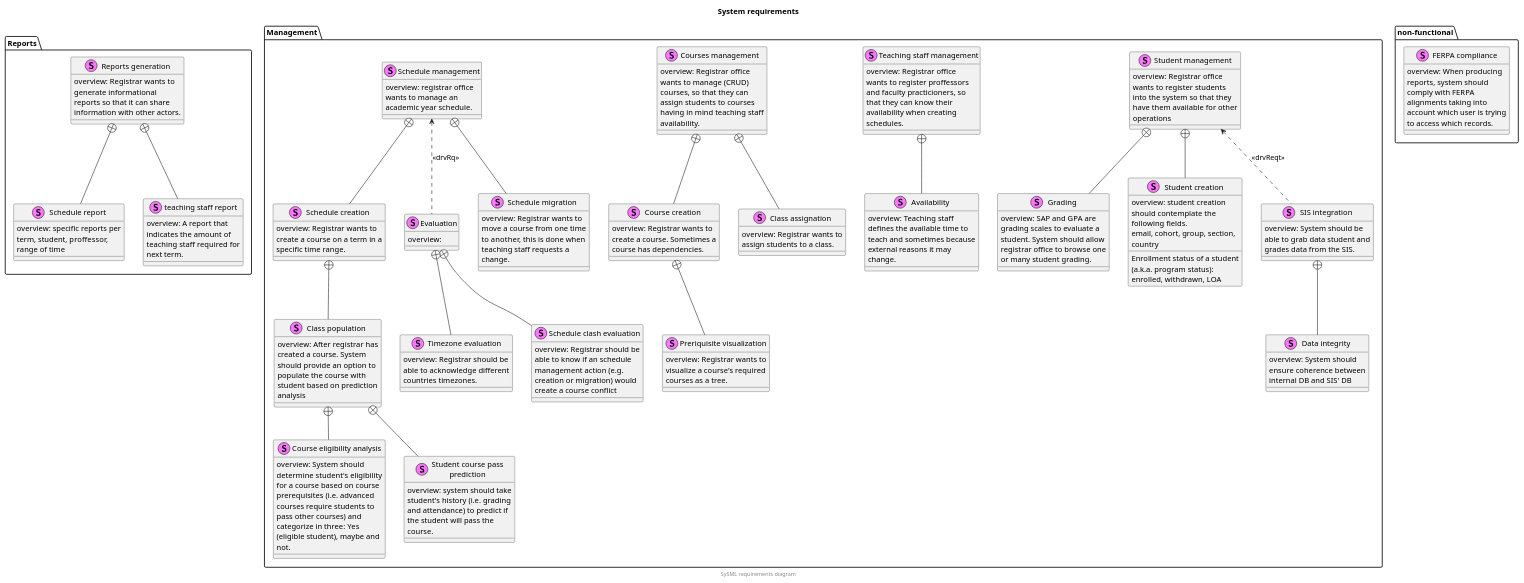
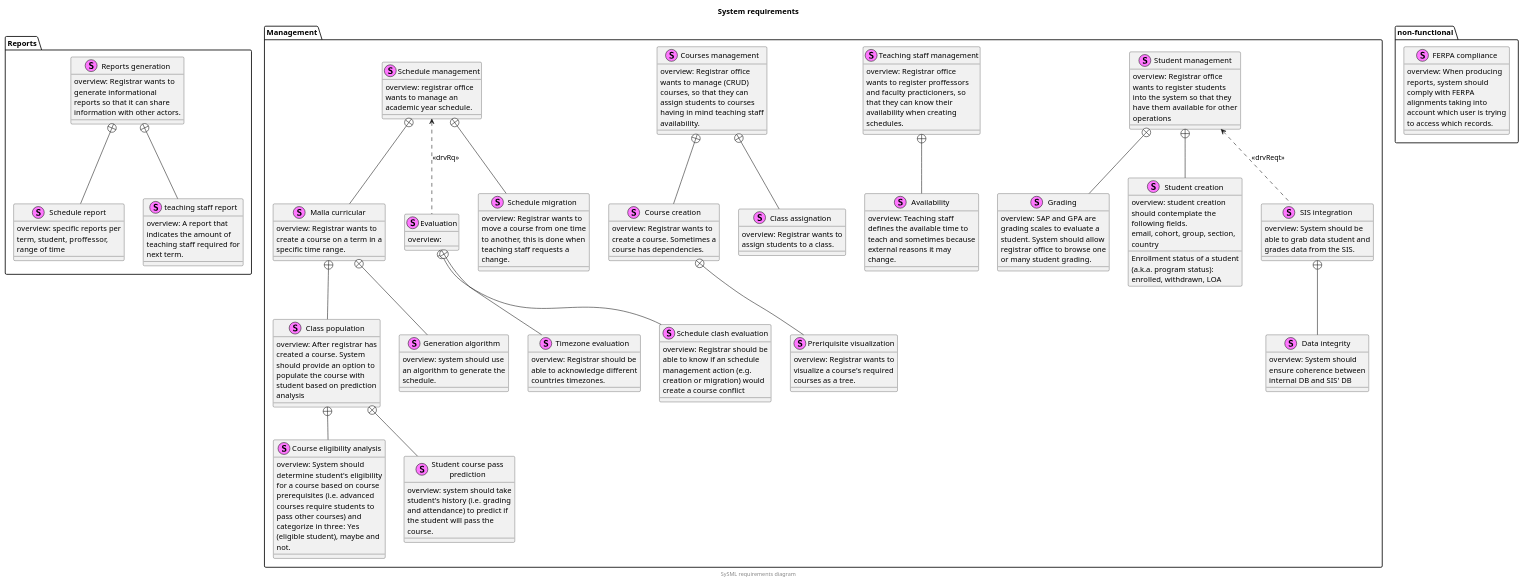
The diagram in resources/requirements-diagram/package.puml (zrock-dev-backup/kawsay), drawn with PlantUML before and after one commit.

Commit message:
requirements-diagram: fix name

```diff
--- a/resources/requirements-diagram/package.puml
+++ b/resources/requirements-diagram/package.puml
@@ -1,123 +1,128 @@
 @startuml
 skinparam wrapwidth 200
 skinparam defaultFontName Helvetica
 
 skinparam class {
     BackgroundColor<<Requirement>> Beige
 }
 
 title System requirements
 footer SySML requirements diagram
 
 package "Reports" {
     ' OUTPUT
     stereotype "Schedule report" AS report_sch{
         {field} overview: specific reports per term, student, proffessor, range of time
     }
     stereotype "teaching staff report" AS report_t{
         {field} overview: A report that indicates the amount of teaching staff required for next term.
     }
     stereotype "Reports generation" AS report{
         {field} overview: Registrar wants to generate informational reports so that it can share information with other actors.
     }
     report +-- report_t
     report +-- report_sch
 }
 
 package "Management" {
     stereotype "Grading" AS grading{
         {field} overview: SAP and GPA are grading scales to evaluate a student. System should allow registrar office to browse one or many student grading.
     }
     stereotype "Student creation" aS stu_c{
         {field} overview: student creation should contemplate the following fields.
         Enrollment status of a student (a.k.a. program status): enrolled, withdrawn, LOA
         email, cohort, group, section, country
     }
     stereotype "Data integrity" AS sis_integrity {
         {field} overview: System should ensure coherence between internal DB and SIS' DB
     }
     stereotype "SIS integration" as sis {
         {field} overview: System should be able to grab data student and grades data from the SIS.
     }
     sis +-- sis_integrity
     stereotype "Student management" AS stu_mgmt{
     ' CRUD operations with students.
         {field} overview: Registrar office wants to register students into the system so that they have them available for other operations
     }
     stu_mgmt +-- grading
     stu_mgmt <.. sis: <<drvReqt>>
     stu_mgmt +-- stu_c
 
     stereotype "Availability" AS teach_availability {
         {field} overview: Teaching staff defines the available time to teach and sometimes because external reasons it may change.
     }
     stereotype "Teaching staff management" AS teach_mgmt {
         {field} overview: Registrar office wants to register proffessors and faculty practicioners, so that they can know their availability when creating schedules.
     }
     teach_mgmt +-- teach_availability
 
     stereotype "Preriquisite visualization" AS visual {
         {field} overview: Registrar wants to visualize a course's required courses as a tree.
     }
     stereotype "Course creation" AS course_creation {
         {field} overview: Registrar wants to create a course. Sometimes a course has dependencies.
     }
     course_creation +-- visual
     stereotype "Class assignation" AS class_asign {
         {field} overview: Registrar wants to assign students to a class.
     }
     stereotype "Courses management" AS courses_mgmt{
         {field} overview: Registrar office wants to manage (CRUD) courses, so that they can assign students to courses having in mind teaching staff availability.
     }
     courses_mgmt +-- course_creation
     courses_mgmt +-- class_asign
 }
 package "Management" {
     stereotype "Course eligibility analysis" AS eligibility {
         {field} overview: System should determine student's eligibility for a course based on course prerequisites (i.e. advanced courses require students to pass other courses) and categorize in three: Yes (eligible student), maybe and not.
     }
     stereotype "Student course pass prediction" AS prediction {
         {field} overview: system should take student's history (i.e. grading and attendance) to predict if the student will pass the course.
     }
     stereotype "Class population" AS population {
         {field} overview: After registrar has created a course. System should provide an option to populate the course with student based on prediction analysis
     }
     population +-- prediction
     population +-- eligibility
 
-    stereotype "Schedule creation" AS sch_creation {
+    stereotype "Generation algorithm" AS sch_gen {
+        {field} overview: system should use an algorithm to generate the schedule.
+    }
+
+    stereotype "Malla curricular" AS sch_creation {
         {field} overview: Registrar wants to create a course on a term in a specific time range.
     }
     sch_creation +-- population
+    sch_creation +-- sch_gen
 
     stereotype "Timezone evaluation" AS timezone {
         {field} overview: Registrar should be able to acknowledge different countries timezones.
     }
     stereotype "Schedule clash evaluation" AS clash {
         {field} overview: Registrar should be able to know if an schedule management action (e.g. creation or migration) would create a course conflict
     }
     stereotype "Evaluation" AS eval {
         {field} overview:
     }
     eval +-- clash
     eval +-- timezone
 
     stereotype "Schedule migration" AS sch_migration {
         {field} overview: Registrar wants to move a course from one time to another, this is done when teaching staff requests a change.
     }
     stereotype "Schedule management" AS sch_mgmt{
         {field} overview: registrar office wants to manage an academic year schedule.
     }
     sch_mgmt <.. eval: <<drvRq>>
     sch_mgmt +-- sch_creation
     sch_mgmt +-- sch_migration
 }
 
 package "non-functional" {
     stereotype "FERPA compliance" {
         {field} overview: When producing reports, system should comply with FERPA alignments taking into account which user is trying to access which records.
     }
 }
 
 
 @enduml
```
